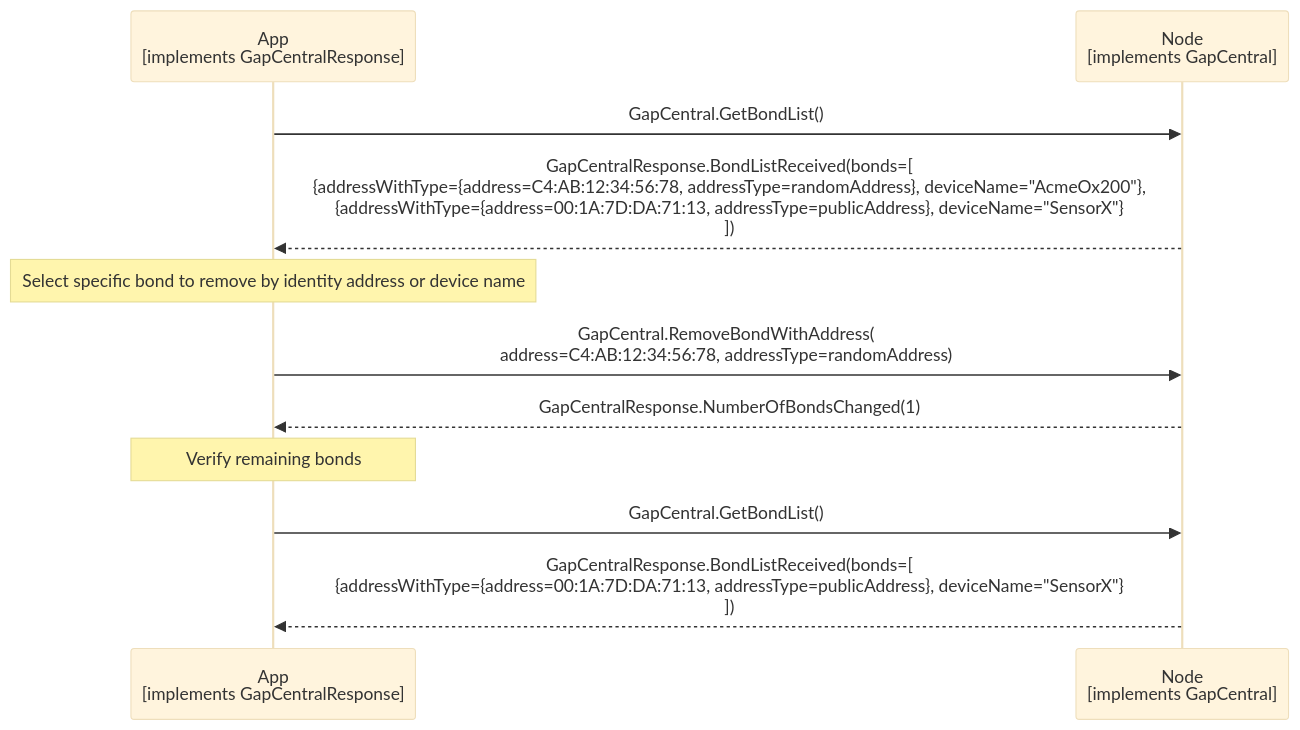
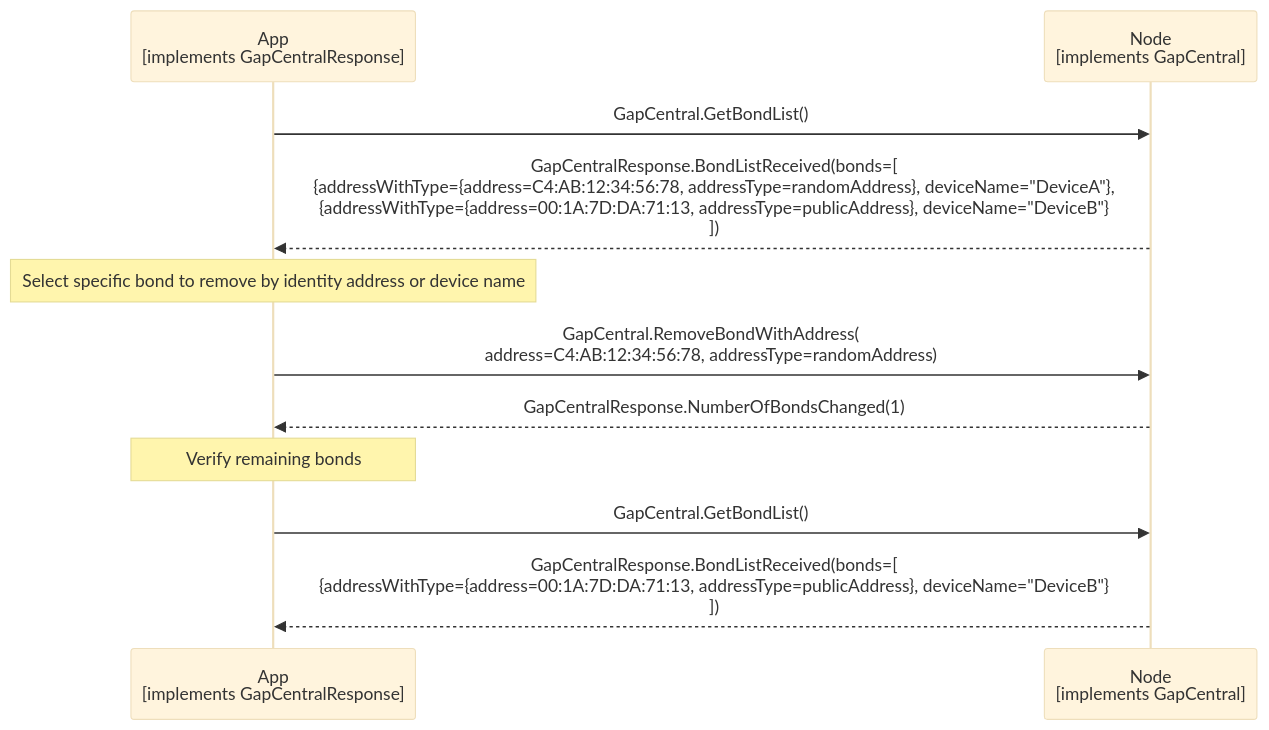
The diagram in documents/modules/ROOT/partials/echoservices/gap_central/GapCentral_SelectiveBondRemoval_sequence.mmd (philips-software/amp-embedded-infra-lib), drawn with Mermaid (base theme) before and after one commit. The commit also changed 7 other files, not shown here.

```diff
--- a/documents/modules/ROOT/partials/echoservices/gap_central/GapCentral_SelectiveBondRemoval_sequence.mmd
+++ b/documents/modules/ROOT/partials/echoservices/gap_central/GapCentral_SelectiveBondRemoval_sequence.mmd
@@ -1,16 +1,16 @@
 sequenceDiagram
     participant App as App<br>[implements GapCentralResponse]
     participant Node as Node<br>[implements GapCentral]
 
     App->>Node: GapCentral.GetBondList()
-    Node-->>App: GapCentralResponse.BondListReceived(bonds=[<br>{addressWithType={address=C4:AB:12:34:56:78, addressType=randomAddress}, deviceName="AcmeOx200"},<br>{addressWithType={address=00:1A:7D:DA:71:13, addressType=publicAddress}, deviceName="SensorX"}<br>])
+    Node-->>App: GapCentralResponse.BondListReceived(bonds=[<br>{addressWithType={address=C4:AB:12:34:56:78, addressType=randomAddress}, deviceName="DeviceA"},<br>{addressWithType={address=00:1A:7D:DA:71:13, addressType=publicAddress}, deviceName="DeviceB"}<br>])
 
     Note over App: Select specific bond to remove by identity address or device name 
 
     App->>Node: GapCentral.RemoveBondWithAddress(<br>address=C4:AB:12:34:56:78, addressType=randomAddress)
     Node-->>App: GapCentralResponse.NumberOfBondsChanged(1)
 
     Note over App: Verify remaining bonds
 
     App->>Node: GapCentral.GetBondList()
-    Node-->>App: GapCentralResponse.BondListReceived(bonds=[<br>{addressWithType={address=00:1A:7D:DA:71:13, addressType=publicAddress}, deviceName="SensorX"}<br>])
+    Node-->>App: GapCentralResponse.BondListReceived(bonds=[<br>{addressWithType={address=00:1A:7D:DA:71:13, addressType=publicAddress}, deviceName="DeviceB"}<br>])
```
